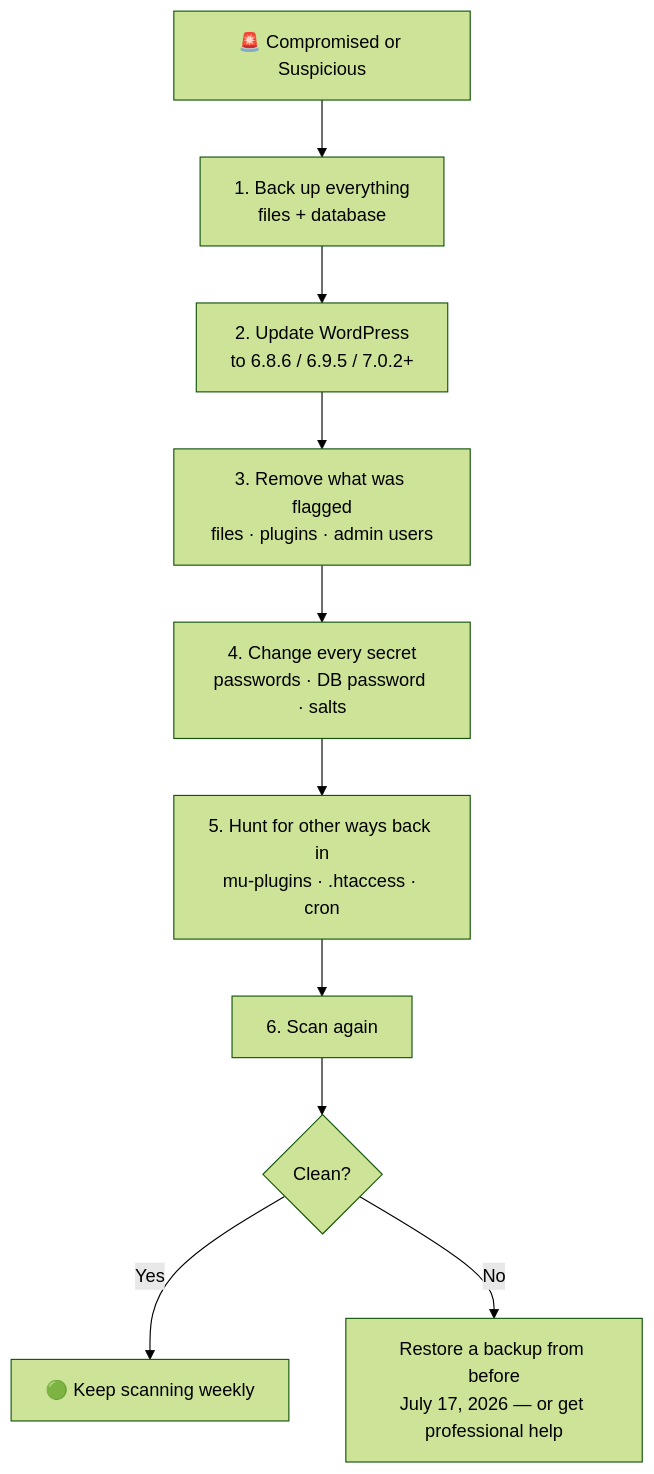
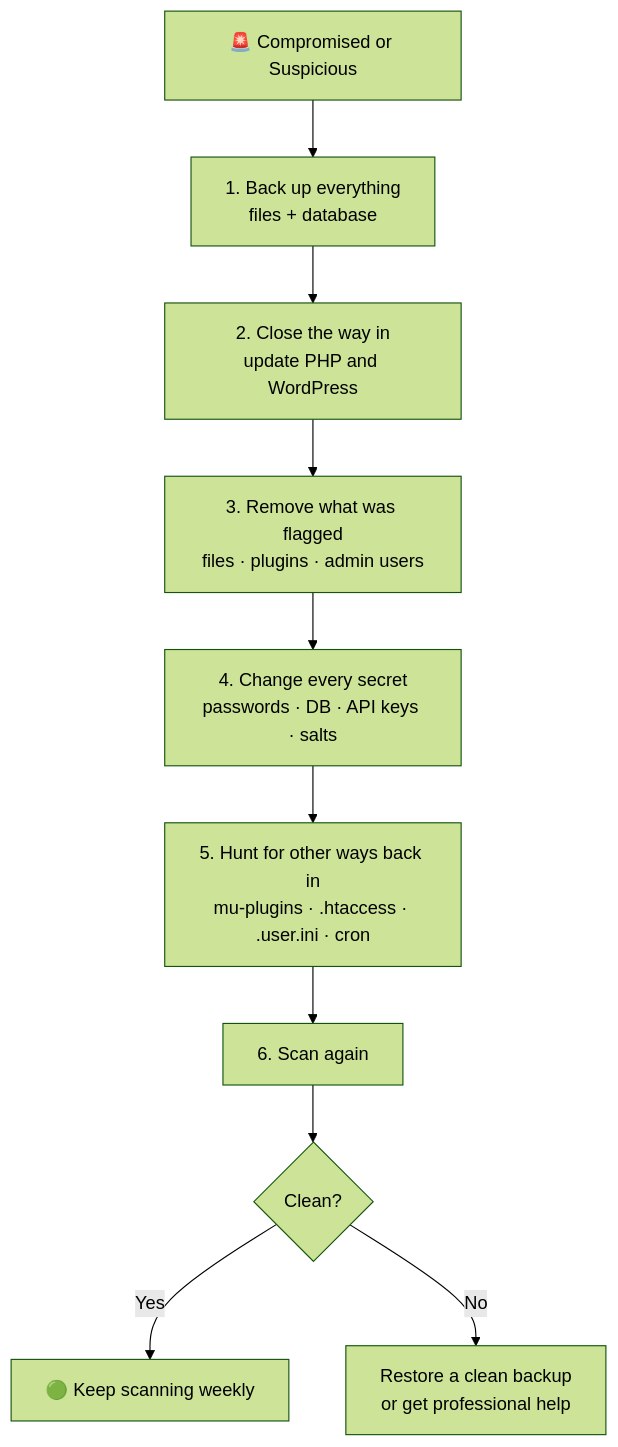
The eighth of 14 diagrams in README.md (CptNope/JAT-Shell-Scanner), drawn with Mermaid (forest theme) before and after one commit. The commit also changed other lines of this file and 20 other files, not shown here.

````diff
--- a/README.md
+++ b/README.md
@@ -277,12 +376,12 @@
 ```mermaid
 flowchart TD
     A["🚨 Compromised or Suspicious"] --> B["1. Back up everything<br/>files + database"]
-    B --> C["2. Update WordPress<br/>to 6.8.6 / 6.9.5 / 7.0.2+"]
+    B --> C["2. Close the way in<br/>update PHP and WordPress"]
     C --> D["3. Remove what was flagged<br/>files · plugins · admin users"]
-    D --> E["4. Change every secret<br/>passwords · DB password · salts"]
-    E --> F["5. Hunt for other ways back in<br/>mu-plugins · .htaccess · cron"]
+    D --> E["4. Change every secret<br/>passwords · DB · API keys · salts"]
+    E --> F["5. Hunt for other ways back in<br/>mu-plugins · .htaccess · .user.ini · cron"]
     F --> G["6. Scan again"]
     G --> H{"Clean?"}
     H -- Yes --> I["🟢 Keep scanning weekly"]
-    H -- No --> J["Restore a backup from before<br/>July 17, 2026 — or get professional help"]
+    H -- No --> J["Restore a clean backup<br/>or get professional help"]
 ```
````
